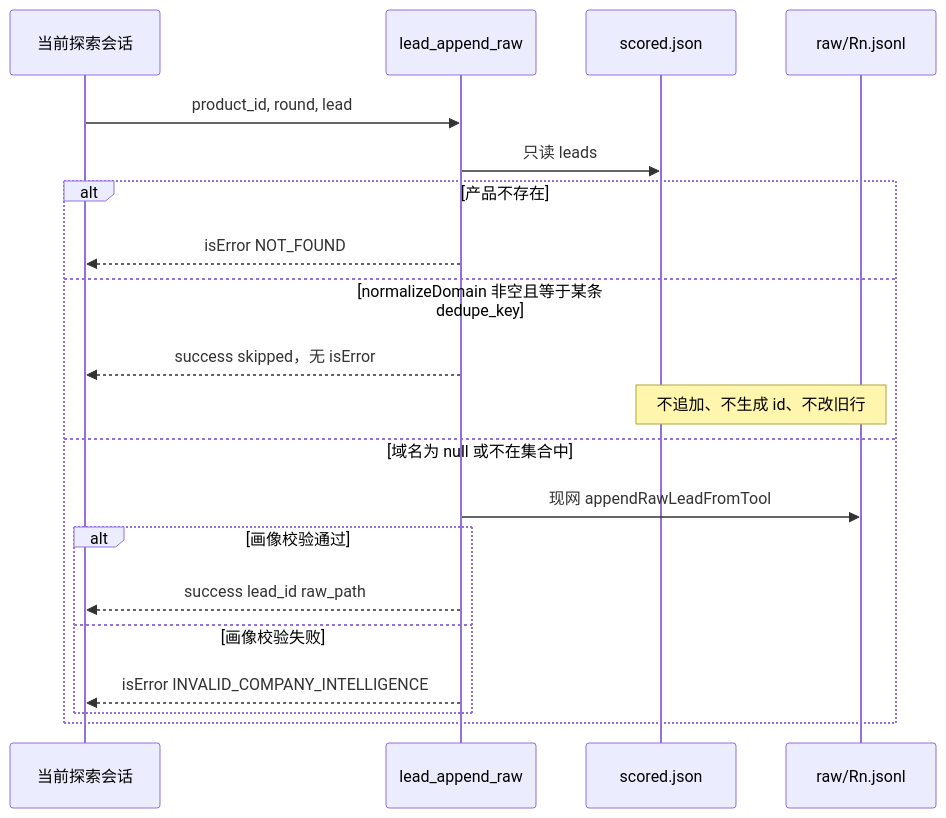
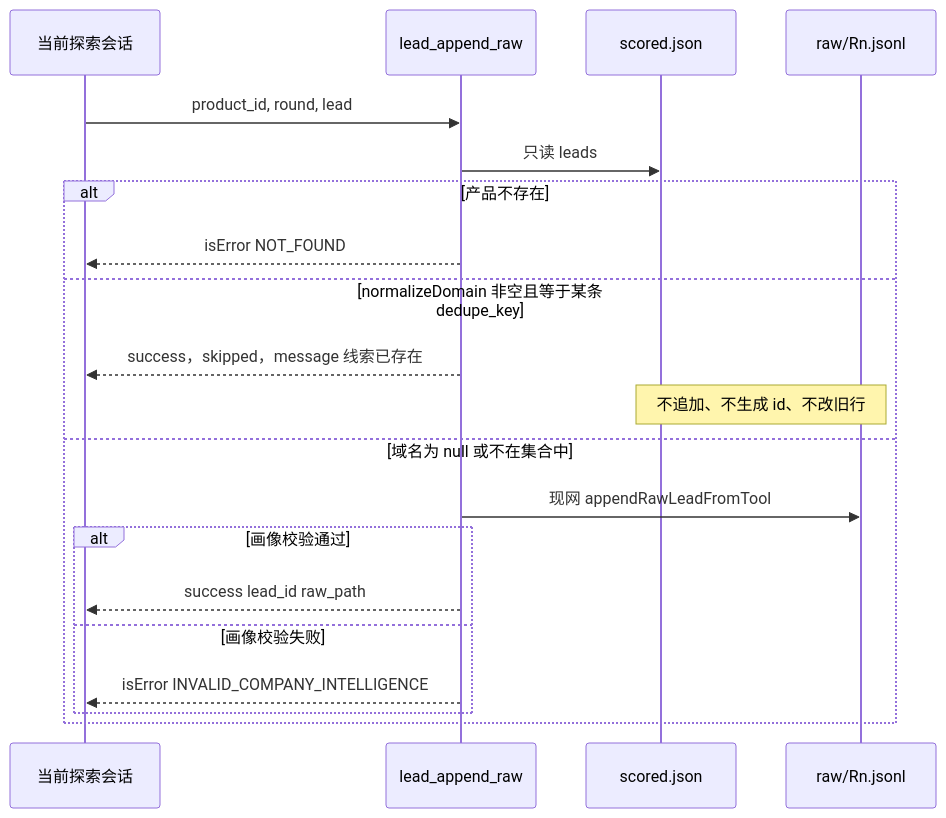
The second of 2 diagrams in docs/design/US-DD-01-探索保存前按域名去重-跳过.md (Pedro-MAFS/ftcs), drawn with Mermaid before and after one commit. The commit also changed other lines of this file, not shown here.

````diff
--- a/docs/design/US-DD-01-探索保存前按域名去重-跳过.md
+++ b/docs/design/US-DD-01-探索保存前按域名去重-跳过.md
@@ -114,23 +114,23 @@
 ```mermaid
 sequenceDiagram
   participant Agent as 当前探索会话
   participant Tool as lead_append_raw
   participant Scored as scored.json
   participant Raw as raw/Rn.jsonl
 
   Agent->>Tool: product_id, round, lead
   Tool->>Scored: 只读 leads
   alt 产品不存在
     Tool-->>Agent: isError NOT_FOUND
   else normalizeDomain 非空且等于某条 dedupe_key
-    Tool-->>Agent: success skipped，无 isError
+    Tool-->>Agent: success，skipped，message 线索已存在
     Note over Raw,Scored: 不追加、不生成 id、不改旧行
   else 域名为 null 或不在集合中
     Tool->>Raw: 现网 appendRawLeadFromTool
     alt 画像校验通过
       Tool-->>Agent: success lead_id raw_path
     else 画像校验失败
       Tool-->>Agent: isError INVALID_COMPANY_INTELLIGENCE
     end
   end
 ```
````
